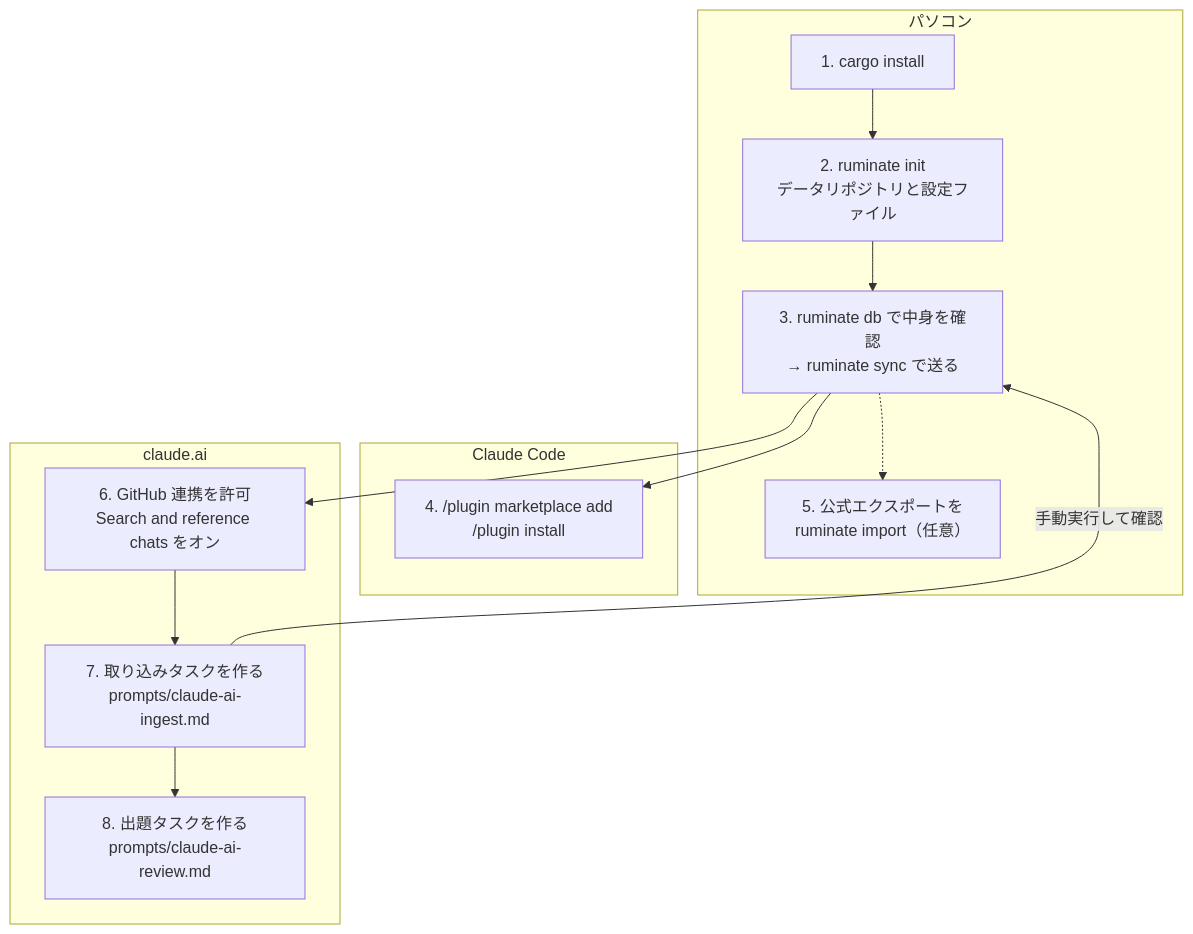
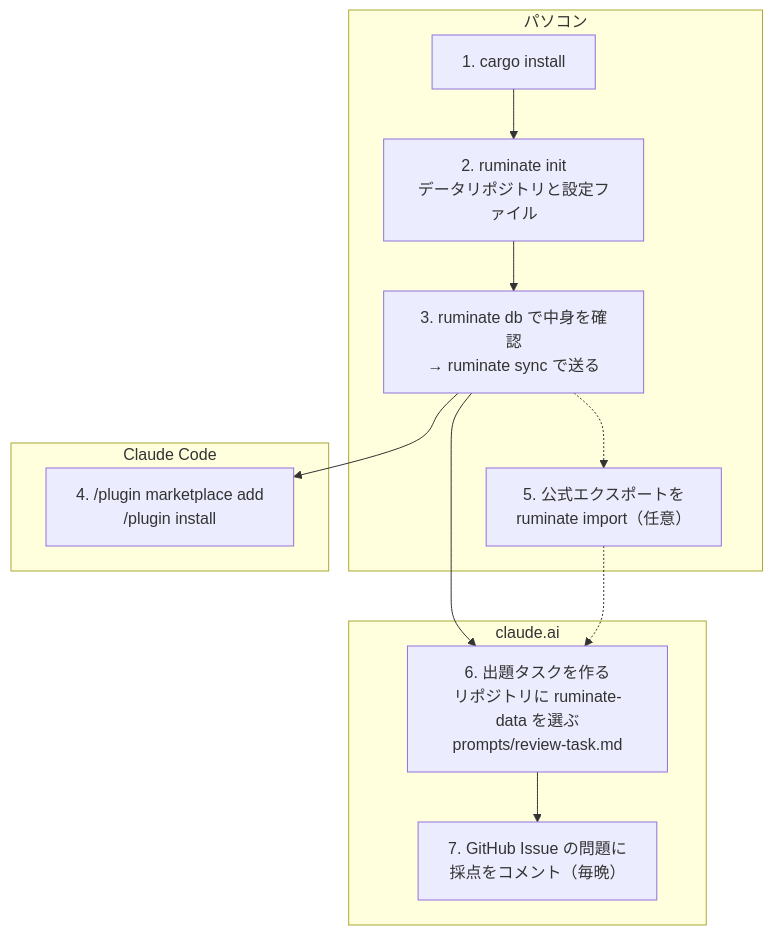
One commit to futabooo/ruminate changed the diagram in README.md. Above: the diagram before and after it, drawn with Mermaid. The commit also changed other lines of this file and 6 other files, not shown here.

First line of the commit message:
Review task on GitHub Issues; no ingest task

````diff
--- a/README.md
+++ b/README.md
@@ -29,19 +29,18 @@
 ```mermaid
 flowchart TD
     subgraph pc["パソコン"]
         A["1. cargo install"] --> B["2. ruminate init<br/>データリポジトリと設定ファイル"]
         B --> C["3. ruminate db で中身を確認<br/>→ ruminate sync で送る"]
         C -.-> E["5. 公式エクスポートを<br/>ruminate import（任意）"]
     end
     subgraph cc["Claude Code"]
         D["4. /plugin marketplace add<br/>/plugin install"]
     end
     subgraph ai["claude.ai"]
-        F["6. GitHub 連携を許可<br/>Search and reference chats をオン"]
-        F --> G["7. 取り込みタスクを作る<br/>prompts/claude-ai-ingest.md"]
-        G --> H["8. 出題タスクを作る<br/>prompts/claude-ai-review.md"]
+        F["6. 出題タスクを作る<br/>リポジトリに ruminate-data を選ぶ<br/>prompts/review-task.md"]
+        F --> G["7. GitHub Issue の問題に<br/>採点をコメント（毎晩）"]
     end
     C --> D
     C --> F
-    G -- "手動実行して確認" --> C
+    E -.-> F
 ```
````
